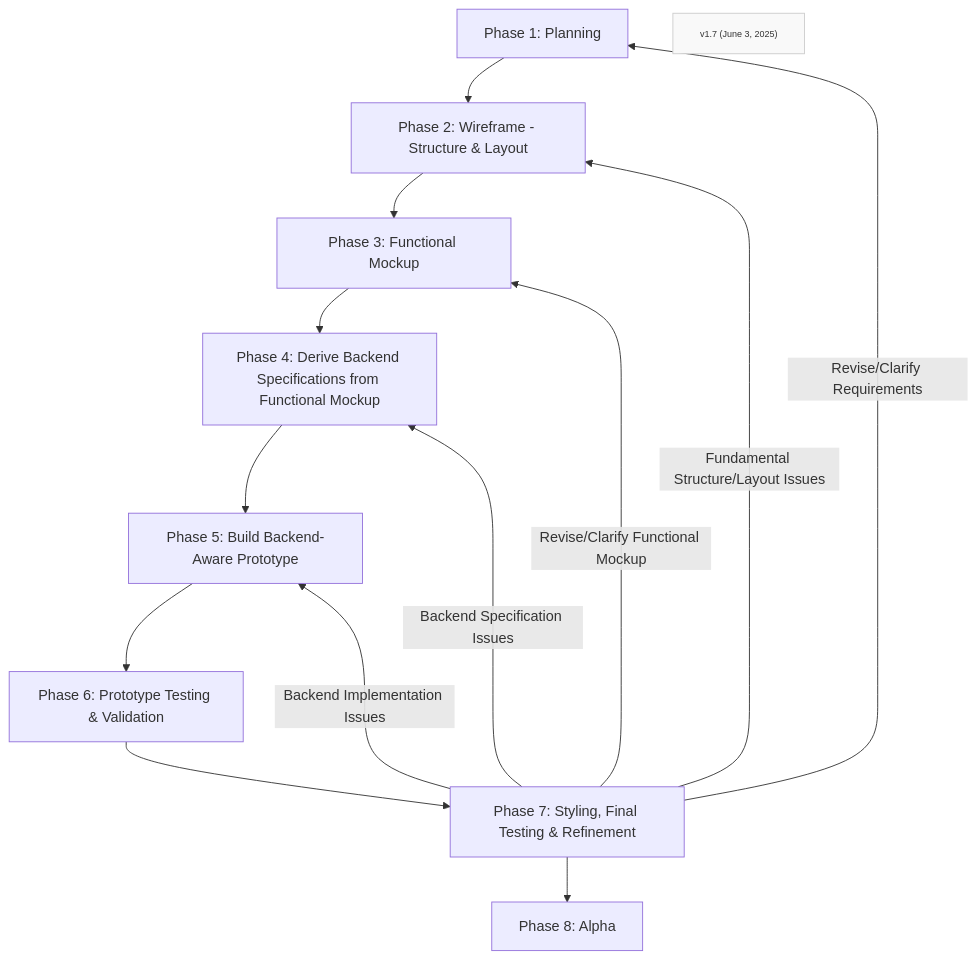
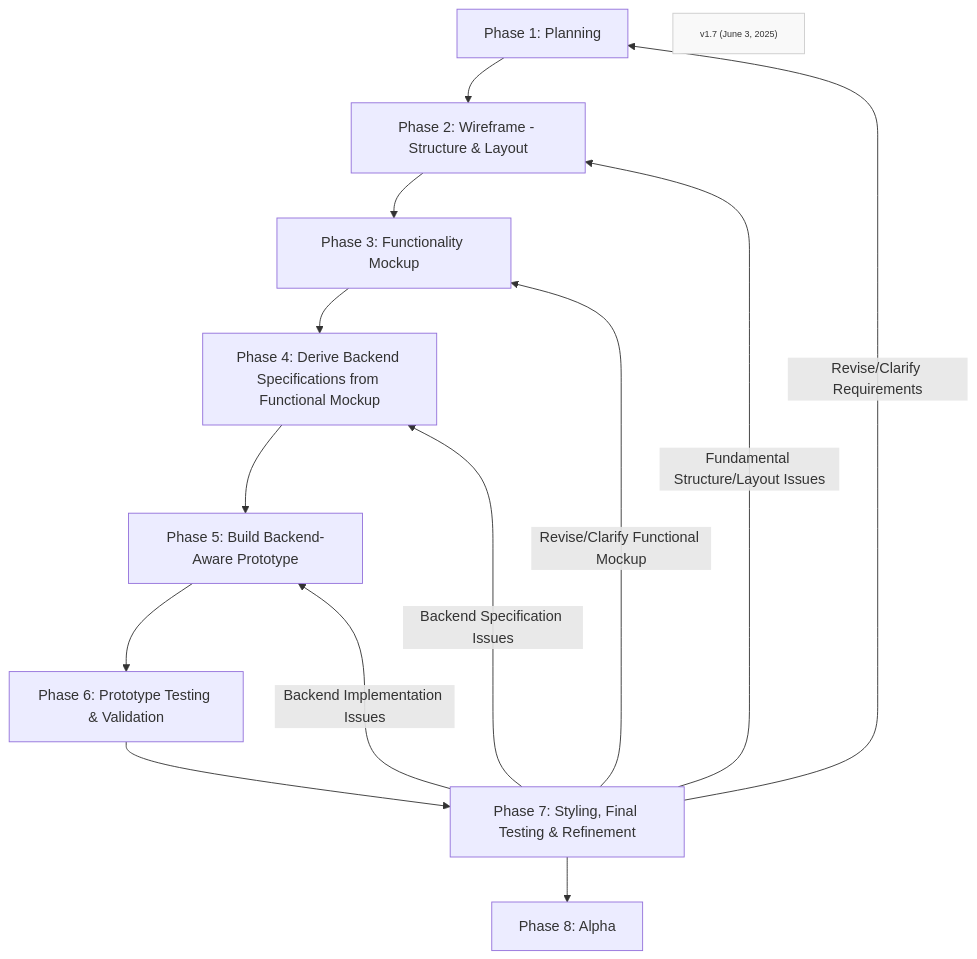
One commit to Mharbulous/Front-First-Method changed the diagram in Phases/FF-overview.md. Above: the diagram before and after it, drawn with Mermaid. The commit also changed 3 other files, not shown here.

````diff
--- a/Phases/FF-overview.md
+++ b/Phases/FF-overview.md
@@ -1,22 +1,22 @@
 ```mermaid
 graph TD
     Phase1["Phase 1: Planning"] --> Phase2["Phase 2: Wireframe - Structure & Layout"]
-    Phase2 --> Phase3["Phase 3: Functional Mockup"]
+    Phase2 --> Phase3["Phase 3: Functionality Mockup"]
     Phase3 --> Phase4["Phase 4: Derive Backend Specifications from Functional Mockup"]
     Phase4 --> Phase5["Phase 5: Build Backend-Aware Prototype"]
     Phase5 --> Phase6["Phase 6: Prototype Testing & Validation"]
     Phase6 --> Phase7["Phase 7: Styling, Final Testing & Refinement"]
     Phase7 --> Phase8["Phase 8: Alpha"]
     
     Phase7 -->|Revise/Clarify Requirements| Phase1
     Phase7 -->|Fundamental Structure/Layout Issues| Phase2
     Phase7 -->|Revise/Clarify Functional Mockup| Phase3
     Phase7 -->|Backend Specification Issues| Phase4
     Phase7 -->|Backend Implementation Issues| Phase5            
     
     
 
     VersionInfo["v1.7 (June 3, 2025)"]
     classDef version fill:#f9f9f9,stroke:#ccc,font-size:10px;
     class VersionInfo version
 ```
````
